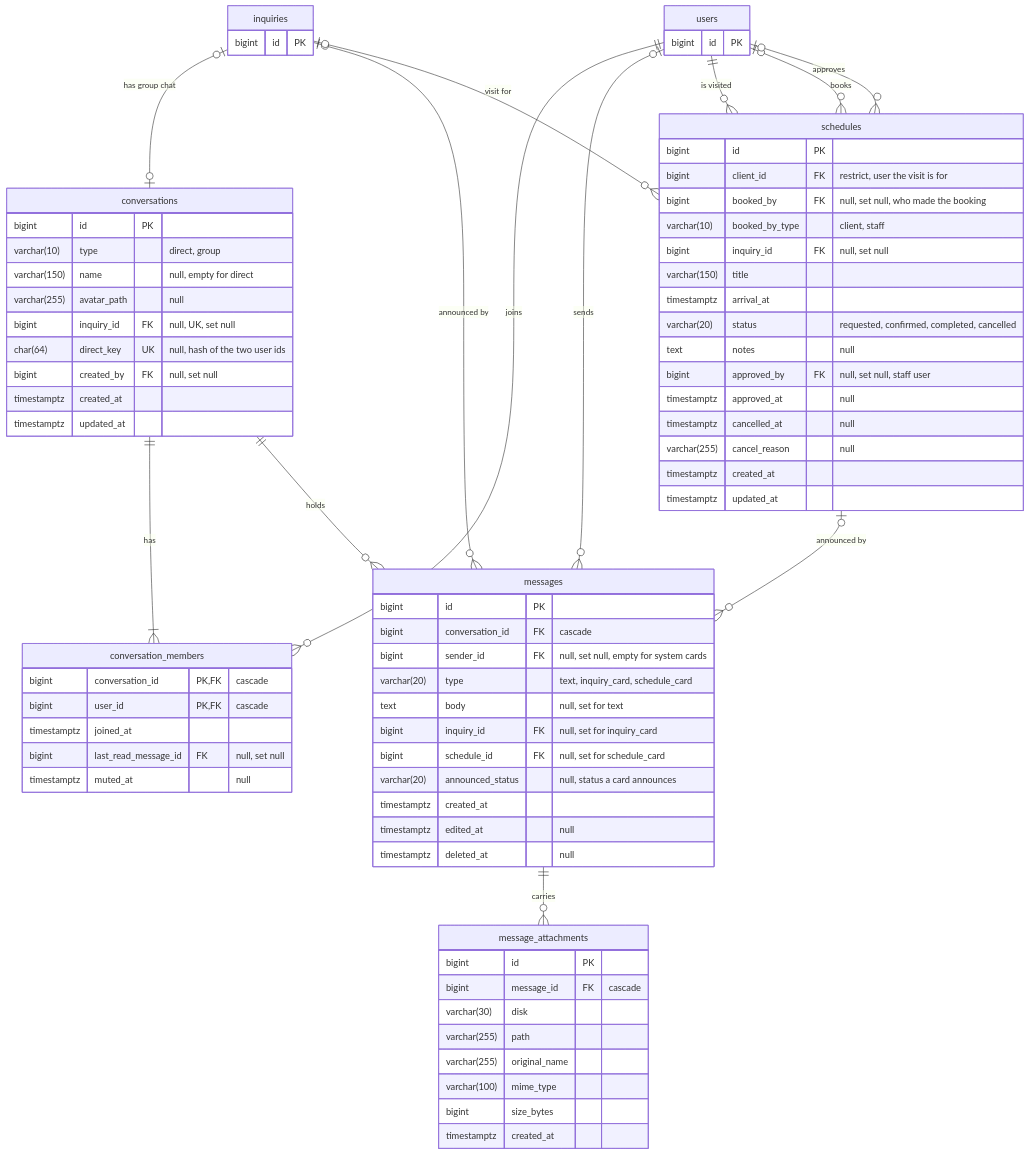
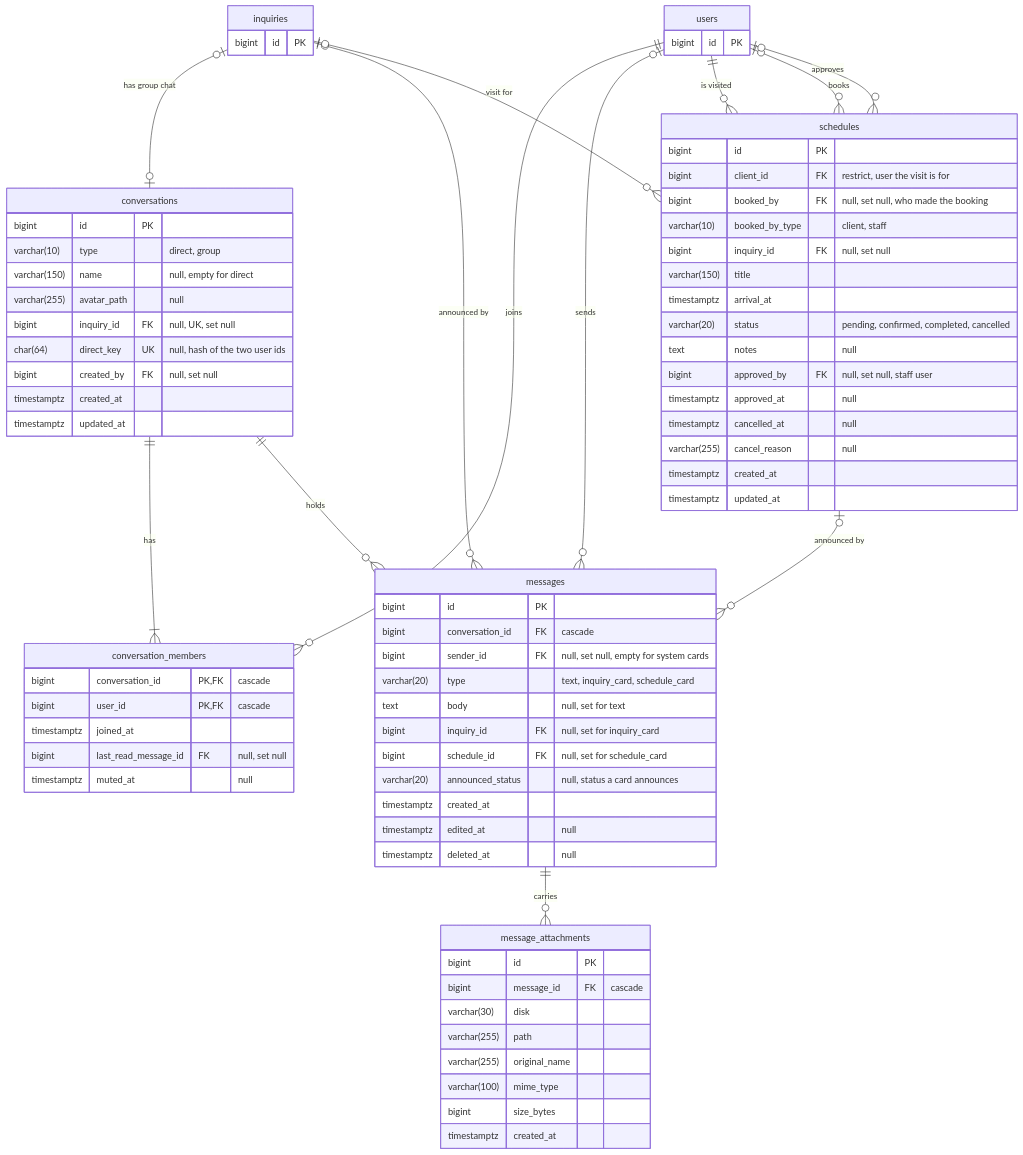
One commit to regraystone/regray changed the fifth of 5 diagrams in docs/database/regray-erd.md. Above: the diagram before and after it, drawn with Mermaid. The commit also changed other lines of this file and 83 other files, not shown here.

````diff
--- a/docs/database/regray-erd.md
+++ b/docs/database/regray-erd.md
@@ -462,80 +465,80 @@
 ```mermaid
 erDiagram
     conversations {
         bigint id PK
         varchar(10) type "direct, group"
         varchar(150) name "null, empty for direct"
         varchar(255) avatar_path "null"
         bigint inquiry_id FK "null, UK, set null"
         char(64) direct_key UK "null, hash of the two user ids"
         bigint created_by FK "null, set null"
         timestamptz created_at
         timestamptz updated_at
     }
     conversation_members {
         bigint conversation_id PK, FK "cascade"
         bigint user_id PK, FK "cascade"
         timestamptz joined_at
         bigint last_read_message_id FK "null, set null"
         timestamptz muted_at "null"
     }
     messages {
         bigint id PK
         bigint conversation_id FK "cascade"
         bigint sender_id FK "null, set null, empty for system cards"
         varchar(20) type "text, inquiry_card, schedule_card"
         text body "null, set for text"
         bigint inquiry_id FK "null, set for inquiry_card"
         bigint schedule_id FK "null, set for schedule_card"
         varchar(20) announced_status "null, status a card announces"
         timestamptz created_at
         timestamptz edited_at "null"
         timestamptz deleted_at "null"
     }
     message_attachments {
         bigint id PK
         bigint message_id FK "cascade"
         varchar(30) disk
         varchar(255) path
         varchar(255) original_name
         varchar(100) mime_type
         bigint size_bytes
         timestamptz created_at
     }
     schedules {
         bigint id PK
         bigint client_id FK "restrict, user the visit is for"
         bigint booked_by FK "null, set null, who made the booking"
         varchar(10) booked_by_type "client, staff"
         bigint inquiry_id FK "null, set null"
         varchar(150) title
         timestamptz arrival_at
-        varchar(20) status "requested, confirmed, completed, cancelled"
+        varchar(20) status "pending, confirmed, completed, cancelled"
         text notes "null"
         bigint approved_by FK "null, set null, staff user"
         timestamptz approved_at "null"
         timestamptz cancelled_at "null"
         varchar(255) cancel_reason "null"
         timestamptz created_at
         timestamptz updated_at
     }
     users {
         bigint id PK
     }
     inquiries {
         bigint id PK
     }
 
     inquiries |o--o| conversations : "has group chat"
     conversations ||--|{ conversation_members : "has"
     users ||--o{ conversation_members : "joins"
     conversations ||--o{ messages : "holds"
     users |o--o{ messages : "sends"
     messages ||--o{ message_attachments : "carries"
     inquiries |o--o{ messages : "announced by"
     schedules |o--o{ messages : "announced by"
     users ||--o{ schedules : "is visited"
     users |o--o{ schedules : "books"
     users |o--o{ schedules : "approves"
     inquiries |o--o{ schedules : "visit for"
 ```
````
